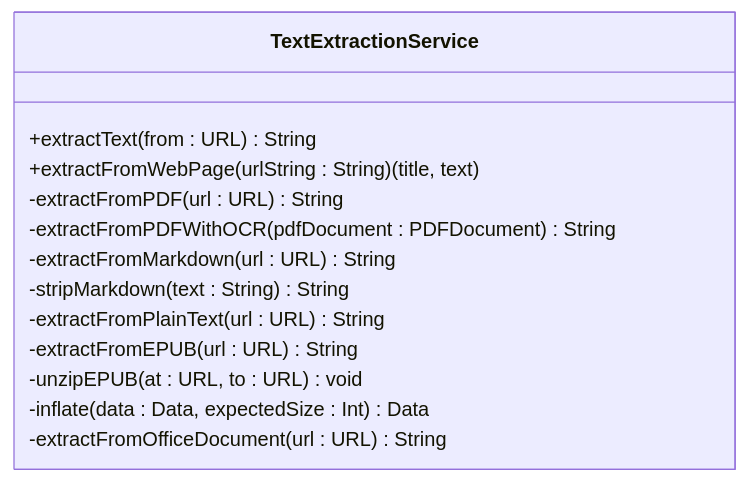
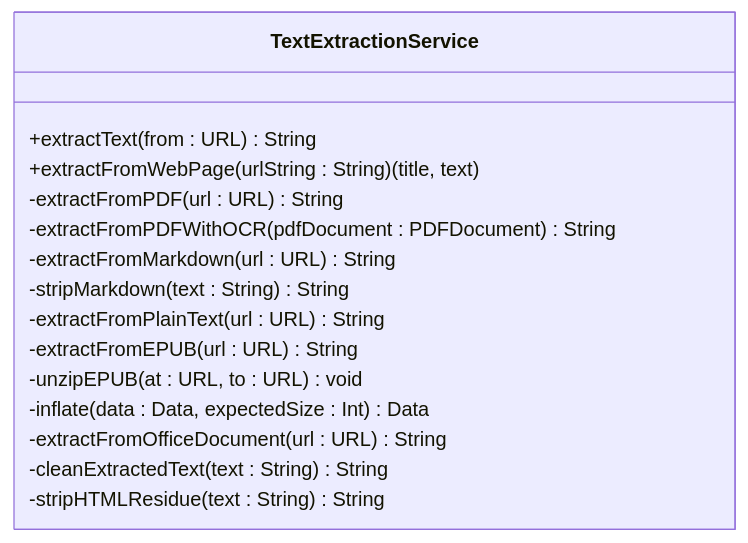
One commit to Primoguo/Knowledge changed the third of 8 diagrams in .qoder/repowiki/zh/content/核心功能模块/文档处理系统.md. Above: the diagram before and after it, drawn with Mermaid. The commit also changed other lines of this file and 24 other files, not shown here.

````diff
--- a/.qoder/repowiki/zh/content/核心功能模块/文档处理系统.md
+++ b/.qoder/repowiki/zh/content/核心功能模块/文档处理系统.md
@@ -124,16 +135,18 @@
 ```mermaid
 classDiagram
 class TextExtractionService {
 +extractText(from : URL) String
 +extractFromWebPage(urlString : String) (title, text)
 -extractFromPDF(url : URL) String
 -extractFromPDFWithOCR(pdfDocument : PDFDocument) String
 -extractFromMarkdown(url : URL) String
 -stripMarkdown(text : String) String
 -extractFromPlainText(url : URL) String
 -extractFromEPUB(url : URL) String
 -unzipEPUB(at : URL, to : URL) void
 -inflate(data : Data, expectedSize : Int) Data
 -extractFromOfficeDocument(url : URL) String
+-cleanExtractedText(text : String) String
+-stripHTMLResidue(text : String) String
 }
 ```
````
